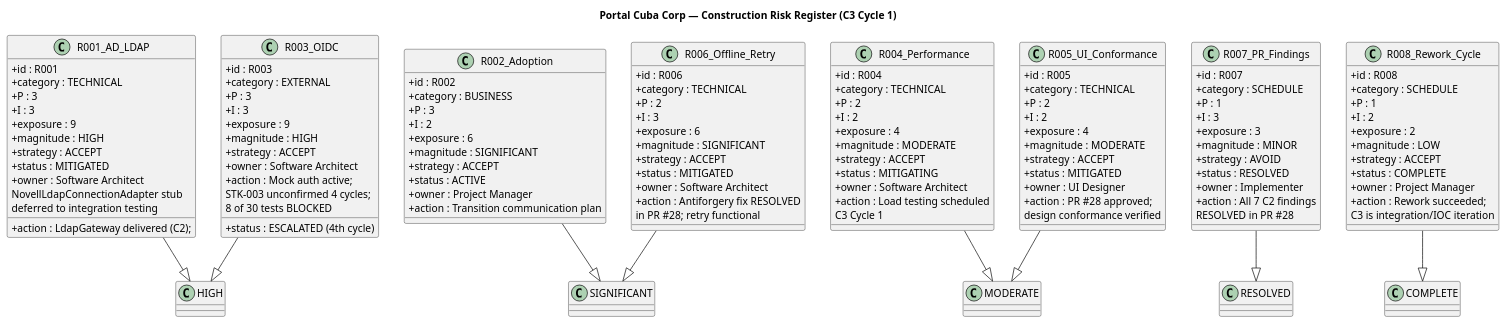
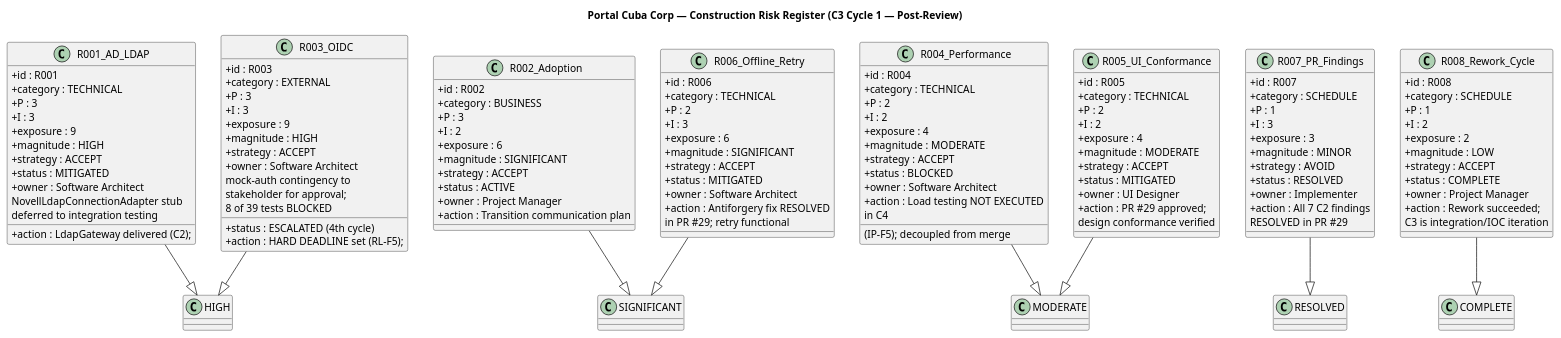
The diagram in docs/artifacts/project-management/risk-list.md (banense-test/portal-cuba-corp), drawn with PlantUML before and after one commit. The commit also changed other lines of this file, not shown here.

First line of the commit message:
Project Manager [C3]: upsert Risk List

````diff
--- a/docs/artifacts/project-management/risk-list.md
+++ b/docs/artifacts/project-management/risk-list.md
@@ -28,6 +29,6 @@
 ```plantuml
 @startuml
-title Portal Cuba Corp — Construction Risk Register (C3 Cycle 1)
+title Portal Cuba Corp — Construction Risk Register (C3 Cycle 1 — Post-Review)
 
 skinparam classAttributeIconSize 0
 
@@ -69,9 +70,10 @@
   + strategy : ACCEPT
   + status : ESCALATED (4th cycle)
   + owner : Software Architect
-  + action : Mock auth active;
-    STK-003 unconfirmed 4 cycles;
-    8 of 30 tests BLOCKED
+  + action : HARD DEADLINE set (RL-F5);
+    mock-auth contingency to
+    stakeholder for approval;
+    8 of 39 tests BLOCKED
 }
 
 class R004_Performance {
@@ -82,10 +84,11 @@
   + exposure : 4
   + magnitude : MODERATE
   + strategy : ACCEPT
-  + status : MITIGATING
+  + status : BLOCKED
   + owner : Software Architect
-  + action : Load testing scheduled
-    C3 Cycle 1
+  + action : Load testing NOT EXECUTED
+    (IP-F5); decoupled from merge
+    in C4
 }
 
 class R005_UI_Conformance {
@@ -98,7 +101,7 @@
   + strategy : ACCEPT
   + status : MITIGATED
   + owner : UI Designer
-  + action : PR #28 approved;
+  + action : PR #29 approved;
     design conformance verified
 }
 
@@ -113,7 +116,7 @@
   + status : MITIGATED
   + owner : Software Architect
   + action : Antiforgery fix RESOLVED
-    in PR #28; retry functional
+    in PR #29; retry functional
 }
 
 class R007_PR_Findings {
@@ -127,7 +130,7 @@
   + status : RESOLVED
   + owner : Implementer
   + action : All 7 C2 findings
-    RESOLVED in PR #28
+    RESOLVED in PR #29
 }
 
 class R008_Rework_Cycle {
````
